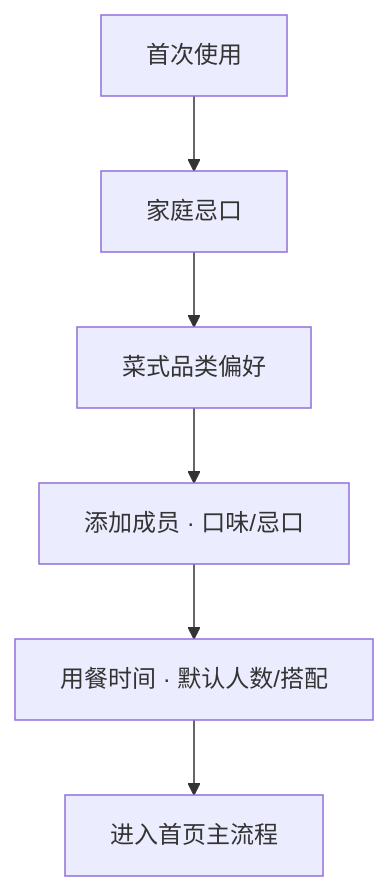
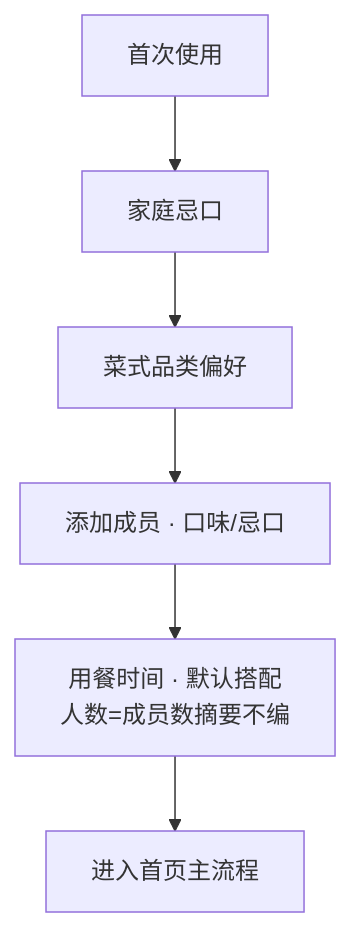
The sixth of 6 diagrams in doc/需求流程图.md (luonanqin/cookthis), drawn with Mermaid before and after one commit. The commit also changed other lines of this file and 108 other files, not shown here.

````diff
--- a/doc/需求流程图.md
+++ b/doc/需求流程图.md
@@ -157,8 +158,8 @@
 ```mermaid
 flowchart TD
   First[首次使用] --> F1[家庭忌口]
   F1 --> F2[菜式品类偏好]
   F2 --> F3[添加成员 · 口味/忌口]
-  F3 --> F4[用餐时间 · 默认人数/搭配]
+  F3 --> F4[用餐时间 · 默认搭配<br/>人数=成员数摘要不编]
   F4 --> Home[进入首页主流程]
 ```
````
